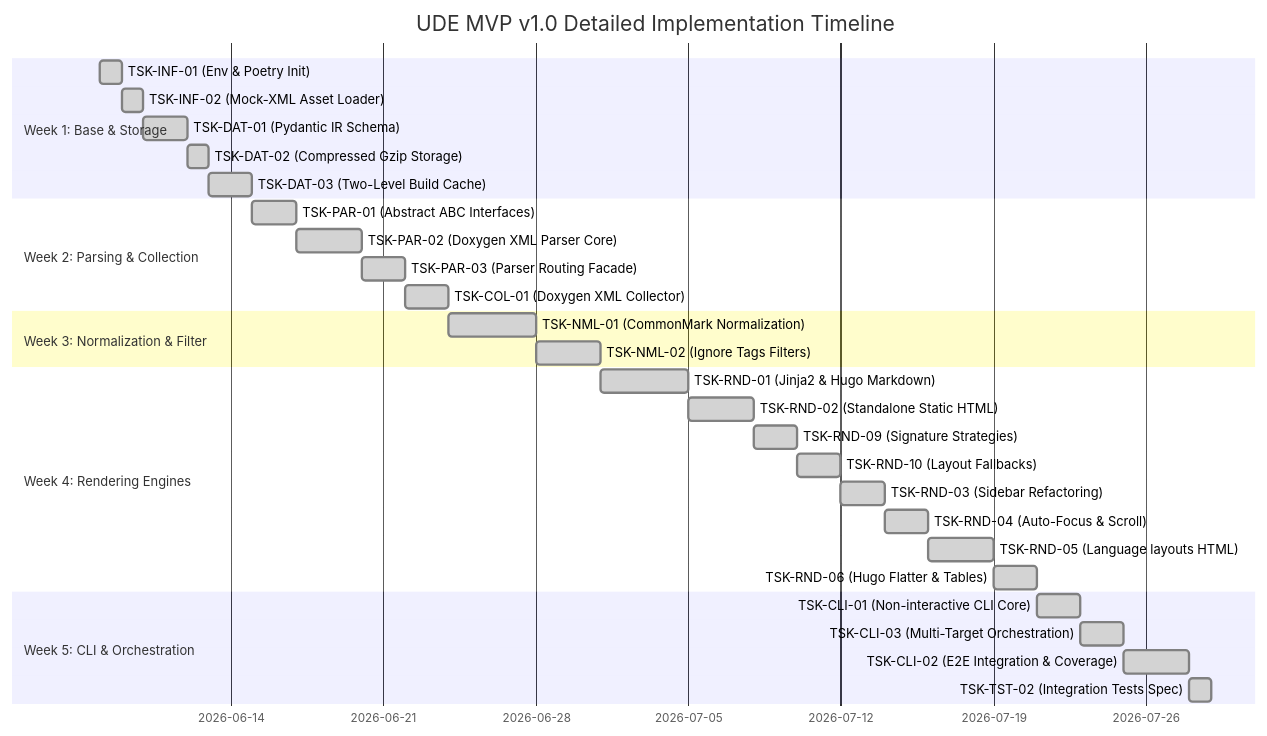
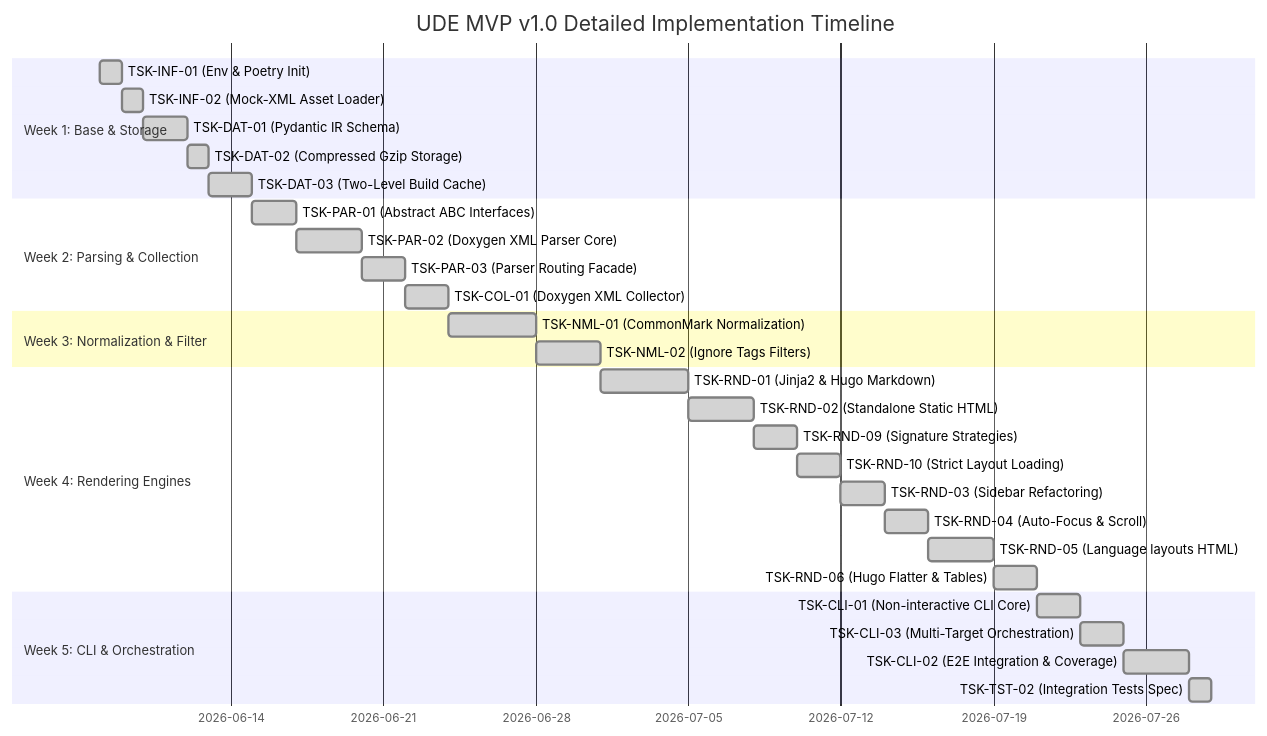
One commit to Sir-Derryk/Pipeline changed the diagram in .antigravitycli/active_plan.md. Above: the diagram before and after it, drawn with Mermaid. The commit also changed other lines of this file and 1 other file, not shown here.

Commit message:
chore: align integration spec, engine crash policy, and active plan for TSK-RND-10

````diff
--- a/.antigravitycli/active_plan.md
+++ b/.antigravitycli/active_plan.md
@@ -14,33 +14,33 @@
 ```mermaid
 gantt
     title UDE MVP v1.0 Detailed Implementation Timeline
     dateFormat  YYYY-MM-DD
     section Week 1: Base & Storage
     TSK-INF-01 (Env & Poetry Init)       :done, t1, 2026-06-08, 1d
     TSK-INF-02 (Mock-XML Asset Loader)   :done, t2, after t1, 1d
     TSK-DAT-01 (Pydantic IR Schema)      :done, t3, after t2, 2d
     TSK-DAT-02 (Compressed Gzip Storage) :done, t4, after t3, 1d
     TSK-DAT-03 (Two-Level Build Cache)   :done, t5, after t4, 2d
     section Week 2: Parsing & Collection
     TSK-PAR-01 (Abstract ABC Interfaces) :done, t6, after t5, 2d
     TSK-PAR-02 (Doxygen XML Parser Core) :done, t7, after t6, 3d
     TSK-PAR-03 (Parser Routing Facade)   :done, t7_1, after t7, 2d
     TSK-COL-01 (Doxygen XML Collector)   :done, t8, after t7_1, 2d
     section Week 3: Normalization & Filter
     TSK-NML-01 (CommonMark Normalization):done, t9, after t8, 4d
     TSK-NML-02 (Ignore Tags Filters)     :done, t10, after t9, 3d
     section Week 4: Rendering Engines
     TSK-RND-01 (Jinja2 & Hugo Markdown)  :done, t11, after t10, 4d
     TSK-RND-02 (Standalone Static HTML)  :done, t12, after t11, 3d
     TSK-RND-09 (Signature Strategies)    :done, t12_1, after t12, 2d
-    TSK-RND-10 (Layout Fallbacks)        :done, t12_2, after t12_1, 2d
+    TSK-RND-10 (Strict Layout Loading)   :done, t12_2, after t12_1, 2d
     TSK-RND-03 (Sidebar Refactoring)     :done, t13, after t12_2, 2d
     TSK-RND-04 (Auto-Focus & Scroll)     :done, t14, after t13, 2d
     TSK-RND-05 (Language layouts HTML)   :done, t15, after t14, 3d
     TSK-RND-06 (Hugo Flatter & Tables)   :done, t16, after t15, 2d
     section Week 5: CLI & Orchestration
     TSK-CLI-01 (Non-interactive CLI Core):done, t17, after t16, 2d
     TSK-CLI-03 (Multi-Target Orchestration):done, t18, after t17, 2d
     TSK-CLI-02 (E2E Integration & Coverage):done, t19, after t18, 3d
     TSK-TST-02 (Integration Tests Spec)  :done, t20, after t19, 1d
 ```
````
